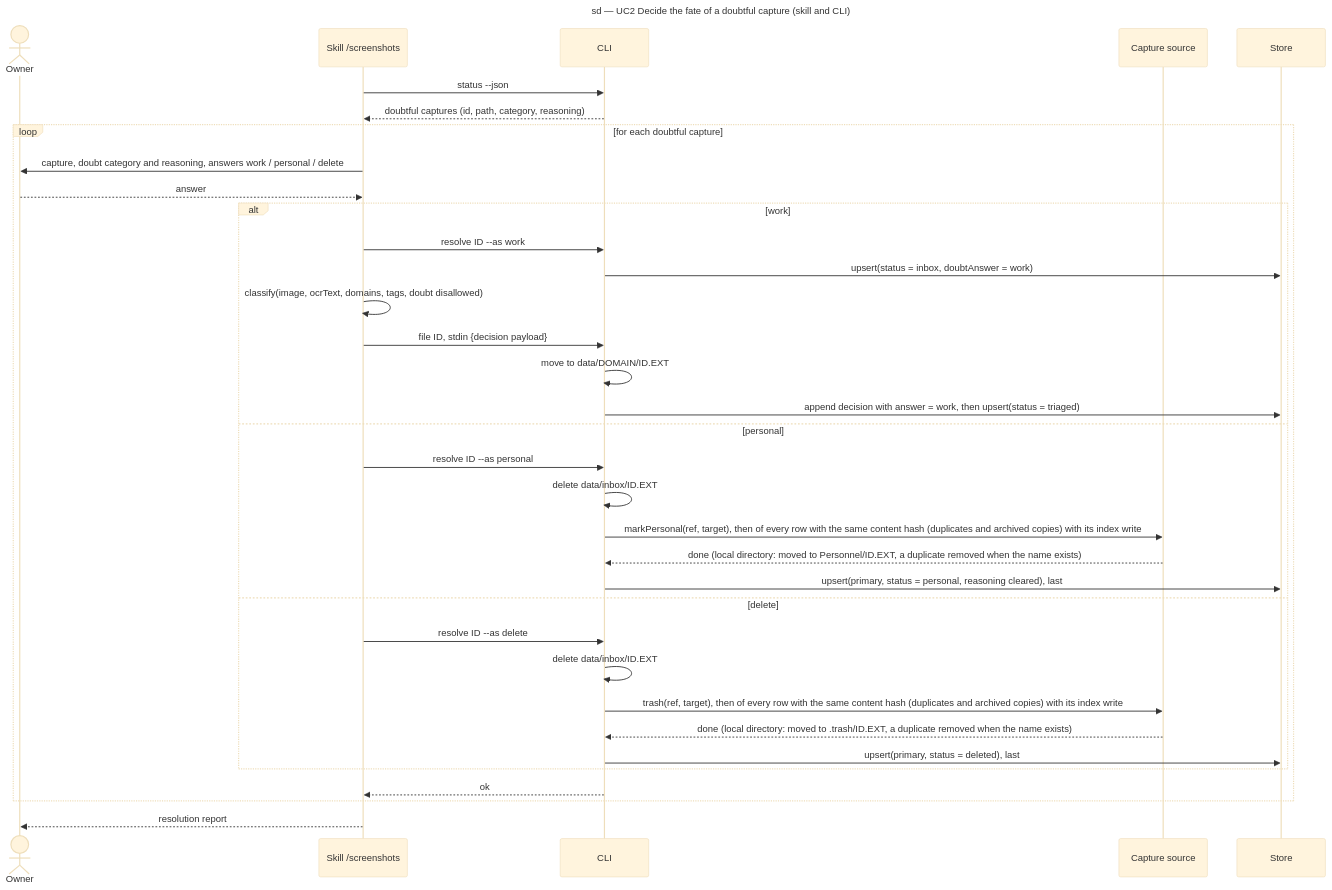
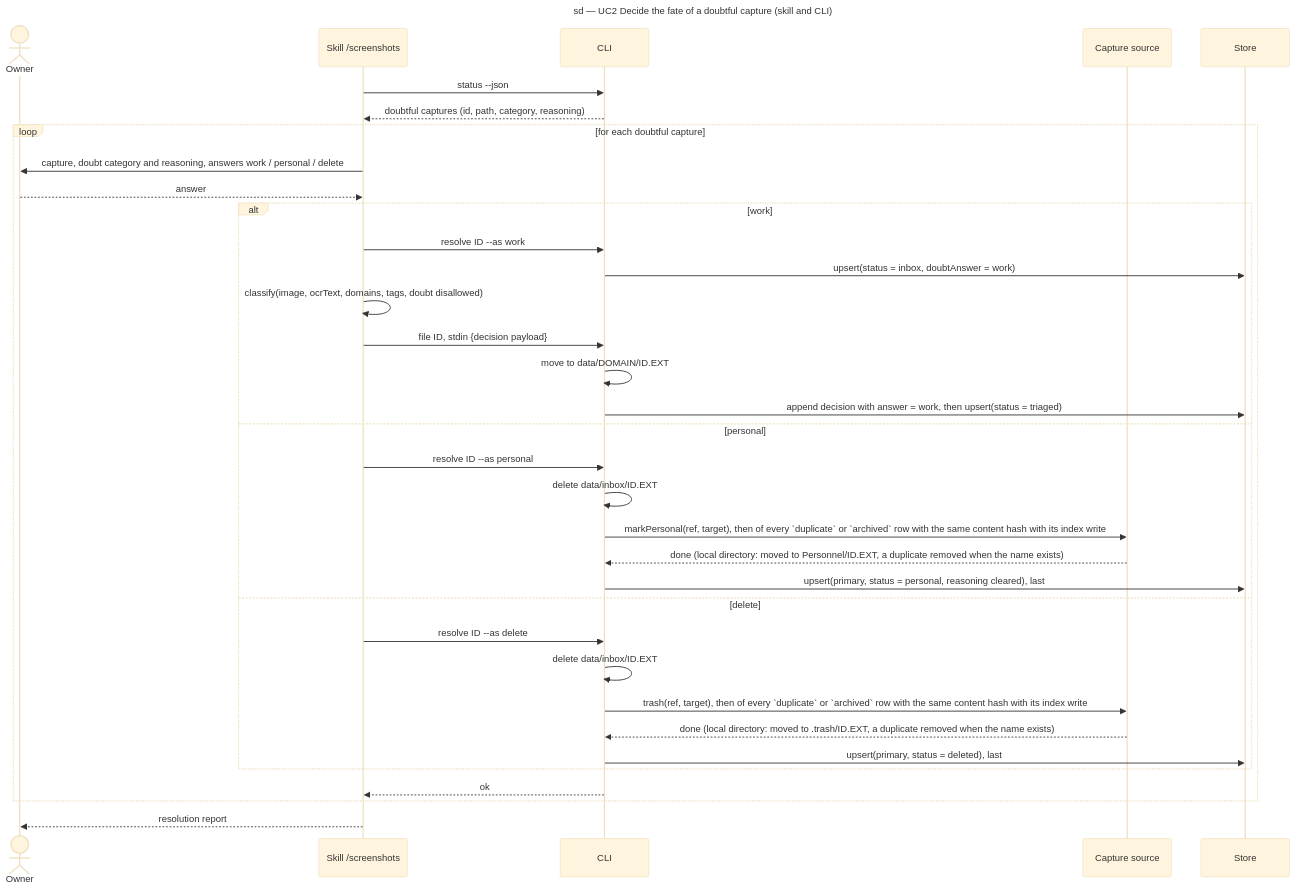
The diagram in docs/architecture/diagrams/triage/02-sequence-resolve-doubt.md (benoit-bremaud/screenshot-triage), drawn with Mermaid (base theme) before and after one commit. The commit also changed 5 other files, not shown here.

First line of the commit message:
fix(archive): keep re-keying archived copies and state the review rules exactly

````diff
--- a/docs/architecture/diagrams/triage/02-sequence-resolve-doubt.md
+++ b/docs/architecture/diagrams/triage/02-sequence-resolve-doubt.md
@@ -14,37 +14,37 @@
 ```mermaid
 sequenceDiagram
   title sd — UC2 Decide the fate of a doubtful capture (skill and CLI)
   actor Owner
   participant Skill as Skill /screenshots
   participant CLI as CLI
   participant Source as Capture source
   participant Store as Store
   Skill->>CLI: status --json
   CLI-->>Skill: doubtful captures (id, path, category, reasoning)
   loop for each doubtful capture
     Skill->>Owner: capture, doubt category and reasoning, answers work / personal / delete
     Owner-->>Skill: answer
     alt work
       Skill->>CLI: resolve ID --as work
       CLI->>Store: upsert(status = inbox, doubtAnswer = work)
       Skill->>Skill: classify(image, ocrText, domains, tags, doubt disallowed)
       Skill->>CLI: file ID, stdin {decision payload}
       CLI->>CLI: move to data/DOMAIN/ID.EXT
       CLI->>Store: append decision with answer = work, then upsert(status = triaged)
     else personal
       Skill->>CLI: resolve ID --as personal
       CLI->>CLI: delete data/inbox/ID.EXT
-      CLI->>Source: markPersonal(ref, target), then of every row with the same content hash (duplicates and archived copies) with its index write
+      CLI->>Source: markPersonal(ref, target), then of every `duplicate` or `archived` row with the same content hash with its index write
       Source-->>CLI: done (local directory: moved to Personnel/ID.EXT, a duplicate removed when the name exists)
       CLI->>Store: upsert(primary, status = personal, reasoning cleared), last
     else delete
       Skill->>CLI: resolve ID --as delete
       CLI->>CLI: delete data/inbox/ID.EXT
-      CLI->>Source: trash(ref, target), then of every row with the same content hash (duplicates and archived copies) with its index write
+      CLI->>Source: trash(ref, target), then of every `duplicate` or `archived` row with the same content hash with its index write
       Source-->>CLI: done (local directory: moved to .trash/ID.EXT, a duplicate removed when the name exists)
       CLI->>Store: upsert(primary, status = deleted), last
     end
     CLI-->>Skill: ok
   end
   Skill-->>Owner: resolution report
 ```
````
